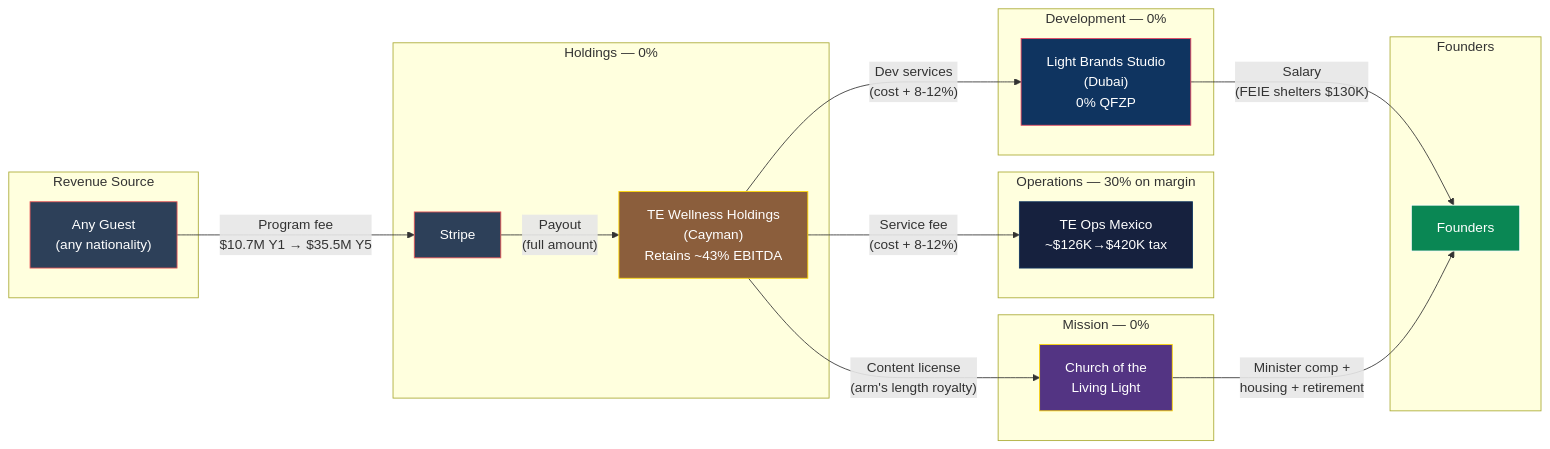
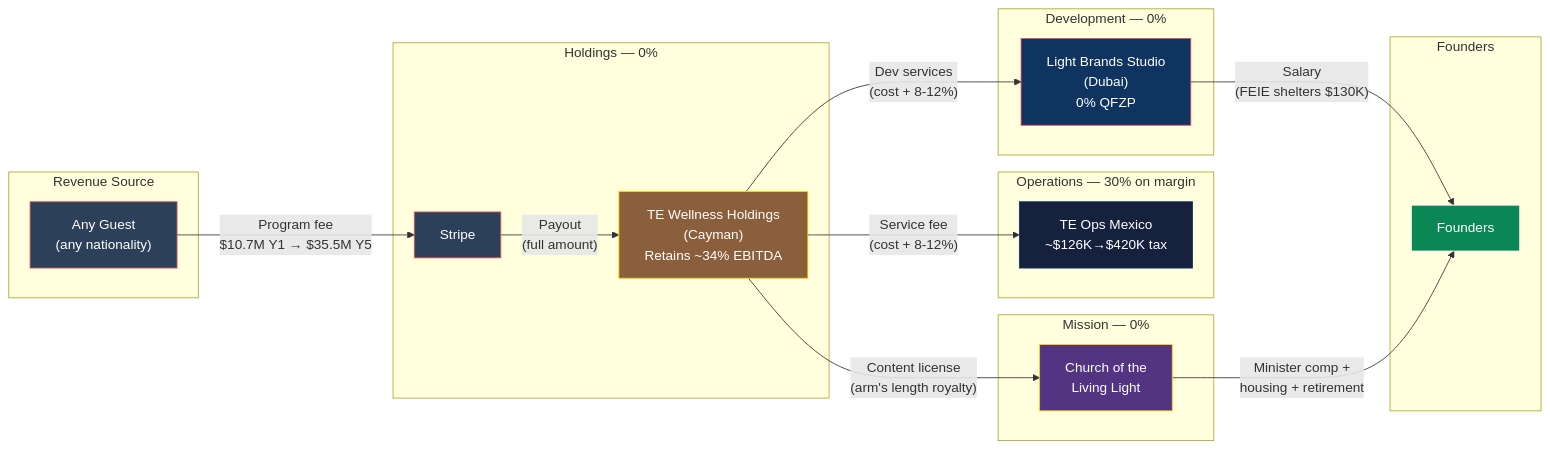
Before and after one commit to Light-Brands/epic-center: diagram 11 of 18 in docs/tax-structure/01-MASTER-STRUCTURE.md, drawn with Mermaid. The commit also changed other lines of this file and 65 other files, not shown here.

````diff
--- a/docs/tax-structure/01-MASTER-STRUCTURE.md
+++ b/docs/tax-structure/01-MASTER-STRUCTURE.md
@@ -299,43 +299,43 @@
 ```mermaid
 graph LR
     subgraph "Revenue Source"
         G["Any Guest<br/>(any nationality)"]
     end
 
     subgraph "Holdings — 0%"
         S["Stripe"]
-        CAYMAN["TE Wellness Holdings<br/>(Cayman)<br/>Retains ~43% EBITDA"]
+        CAYMAN["TE Wellness Holdings<br/>(Cayman)<br/>Retains ~34% EBITDA"]
     end
 
     subgraph "Development — 0%"
         UAE["Light Brands Studio<br/>(Dubai)<br/>0% QFZP"]
     end
 
     subgraph "Operations — 30% on margin"
         MEX["TE Ops Mexico<br/>~$126K→$420K tax"]
     end
 
     subgraph "Mission — 0%"
         CHURCH["Church of the<br/>Living Light"]
     end
 
     subgraph "Founders"
         F["Founders"]
     end
 
     G -->|"Program fee<br/>$10.7M Y1 → $35.5M Y5"| S
     S -->|"Payout<br/>(full amount)"| CAYMAN
     CAYMAN -->|"Dev services<br/>(cost + 8-12%)"| UAE
     CAYMAN -->|"Service fee<br/>(cost + 8-12%)"| MEX
     CAYMAN -->|"Content license<br/>(arm's length royalty)"| CHURCH
     UAE -->|"Salary<br/>(FEIE shelters $130K)"| F
     CHURCH -->|"Minister comp +<br/>housing + retirement"| F
 
     style G fill:#2d4059,stroke:#ea5455,color:#fff
     style S fill:#2d4059,stroke:#ea5455,color:#fff
     style CAYMAN fill:#8b5e3c,stroke:#ffd700,color:#fff
     style UAE fill:#0f3460,stroke:#e94560,color:#fff
     style MEX fill:#16213e,stroke:#0f3460,color:#fff
     style CHURCH fill:#533483,stroke:#ffd700,color:#fff
     style F fill:#0a8754,stroke:#fff,color:#fff
 ```
````
